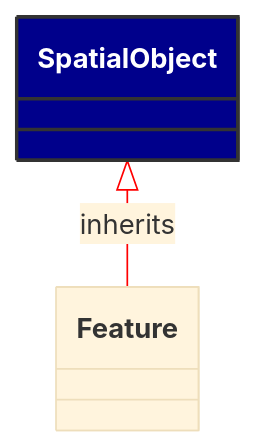
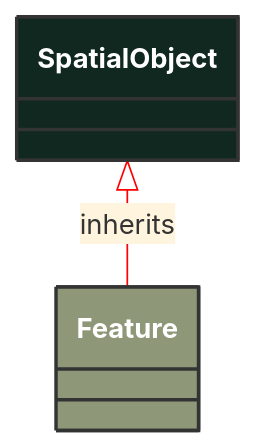
The diagram in docs/Models/Profiles/AviationObstacle/ConcreteClasses/SpatialObject.md (3lbits/NoCIMExtensions), drawn with Mermaid before and after one commit. The commit also changed 190 other files, not shown here.

````diff
--- a/docs/Models/Profiles/AviationObstacle/ConcreteClasses/SpatialObject.md
+++ b/docs/Models/Profiles/AviationObstacle/ConcreteClasses/SpatialObject.md
@@ -8,18 +8,16 @@
 ```mermaid
 %%{init: {'theme':'base','themeVariables': {'lineColor': '#FF0000'}}}%%
 classDiagram
     class SpatialObject
     click SpatialObject href "/Models/Profiles/AviationObstacle/ConcreteClasses/SpatialObject/"
-    style SpatialObject fill:#006400,stroke:#333,stroke-width:2px,rx:10,ry:10,color:white
+    style SpatialObject fill:#102820,stroke:#333,stroke-width:2px,rx:10,ry:10,color:white
 
         SpatialObject <|-- Feature : inherits
-            click SpatialObject href "/Models/Profiles/AviationObstacle/ConcreteClasses/SpatialObject/"
-            style SpatialObject fill:#00008B,stroke:#333,stroke-width:2px,rx:10,ry:10,color:white
 
         Feature
             click Feature href "/Models/Profiles/AviationObstacle/ConcreteClasses/Feature/"
-            style SpatialObject fill:#00008B,stroke:#333,stroke-width:2px,rx:10,ry:10,color:white
+            style Feature fill:#8F9779,stroke:#333,stroke-width:2px,rx:10,ry:10,color:white
 
 
 
 ```
````
